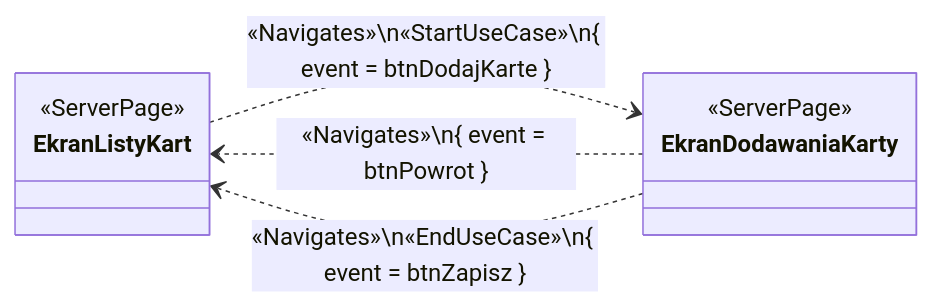
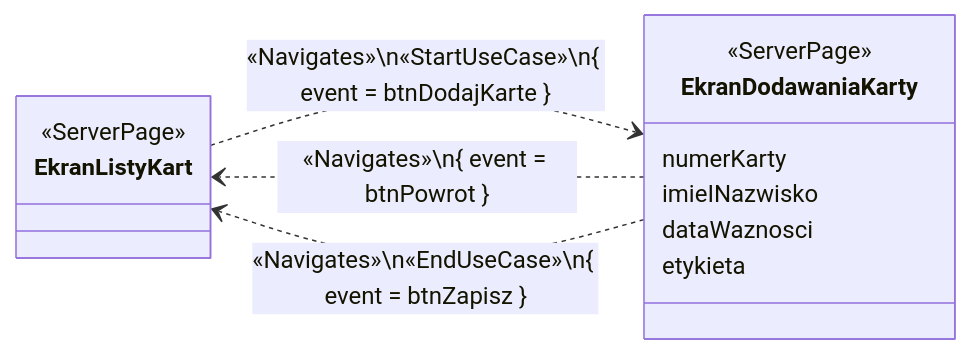
The seventh of 9 diagrams in documentation/course/E1.md (PWR-ACS-SE-24/SoftwareSystemDesign), drawn with Mermaid before and after one commit. The commit also changed other lines of this file, not shown here.

````diff
--- a/documentation/course/E1.md
+++ b/documentation/course/E1.md
@@ -768,10 +773,15 @@
 ```mermaid
 classDiagram
     direction LR
     class EkranListyKart { <<ServerPage>> }
-    class EkranDodawaniaKarty { <<ServerPage>> }
+    class EkranDodawaniaKarty { 
+        <<ServerPage>>
+        numerKarty
+        imieINazwisko
+        dataWaznosci
+        etykieta}
 
     EkranListyKart ..> EkranDodawaniaKarty: «Navigates»\n«StartUseCase»\n{ event = btnDodajKarte }
     EkranDodawaniaKarty ..> EkranListyKart: «Navigates»\n{ event = btnPowrot }
     EkranDodawaniaKarty ..> EkranListyKart: «Navigates»\n«EndUseCase»\n{ event = btnZapisz }
 ```
````
